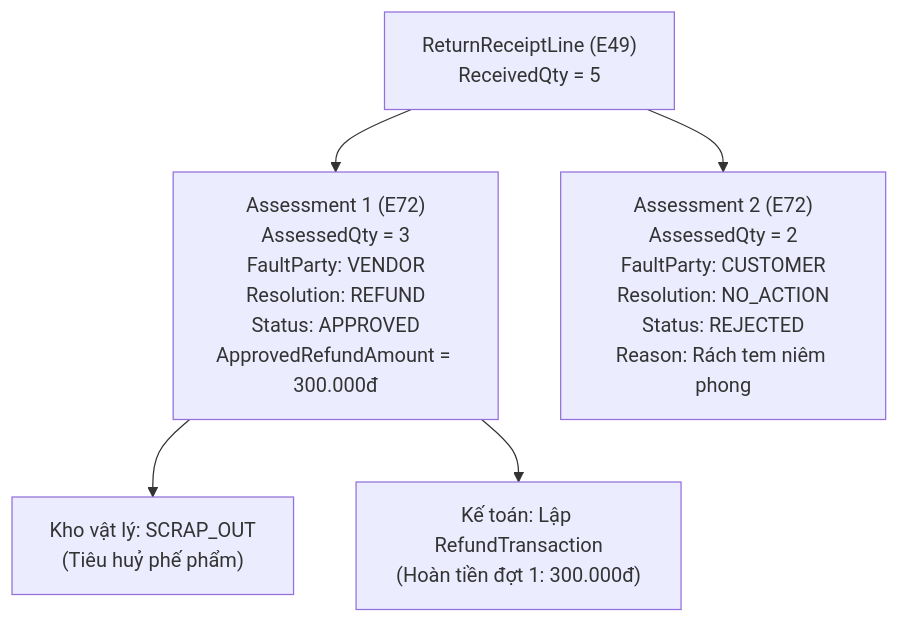
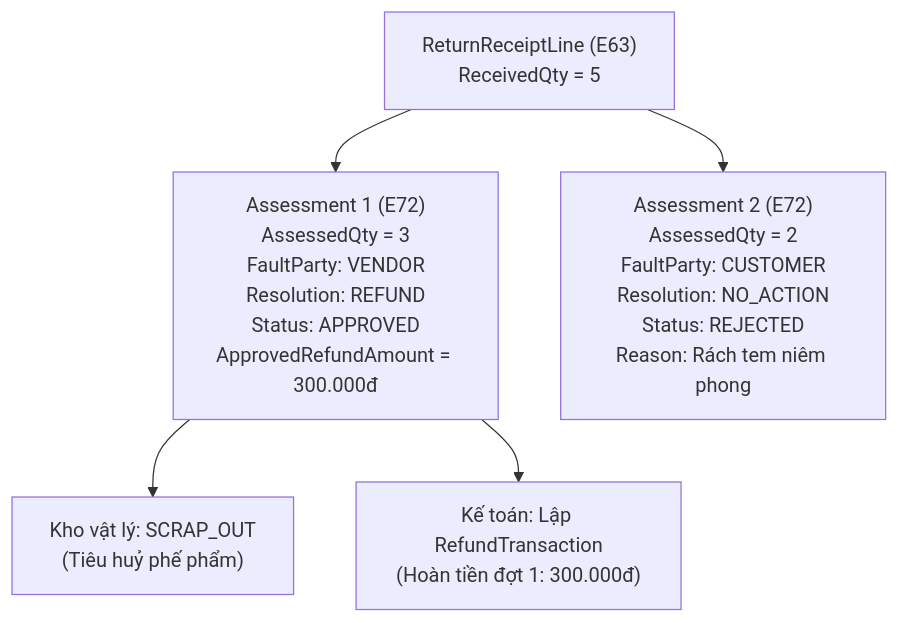
Before and after one commit to itzchugnn/RetailCore-E-commerce-Management-System: diagram 11 of 13 in docs/Project-Progress-Report-Pre-M3.md, drawn with Mermaid. The commit also changed other lines of this file, not shown here.

````diff
--- a/docs/Project-Progress-Report-Pre-M3.md
+++ b/docs/Project-Progress-Report-Pre-M3.md
@@ -110,7 +484,7 @@
 ```mermaid
 flowchart TD
-    RL["ReturnReceiptLine (E49)<br>ReceivedQty = 5"] --> A1["Assessment 1 (E72)<br>AssessedQty = 3<br>FaultParty: VENDOR<br>Resolution: REFUND<br>Status: APPROVED<br>ApprovedRefundAmount = 300.000đ"]
+    RL["ReturnReceiptLine (E63)<br>ReceivedQty = 5"] --> A1["Assessment 1 (E72)<br>AssessedQty = 3<br>FaultParty: VENDOR<br>Resolution: REFUND<br>Status: APPROVED<br>ApprovedRefundAmount = 300.000đ"]
     RL --> A2["Assessment 2 (E72)<br>AssessedQty = 2<br>FaultParty: CUSTOMER<br>Resolution: NO_ACTION<br>Status: REJECTED<br>Reason: Rách tem niêm phong"]
     A1 --> INV["Kho vật lý: SCRAP_OUT<br>(Tiêu huỷ phế phẩm)"]
     A1 --> FIN["Kế toán: Lập RefundTransaction<br>(Hoàn tiền đợt 1: 300.000đ)"]
 ```
````
